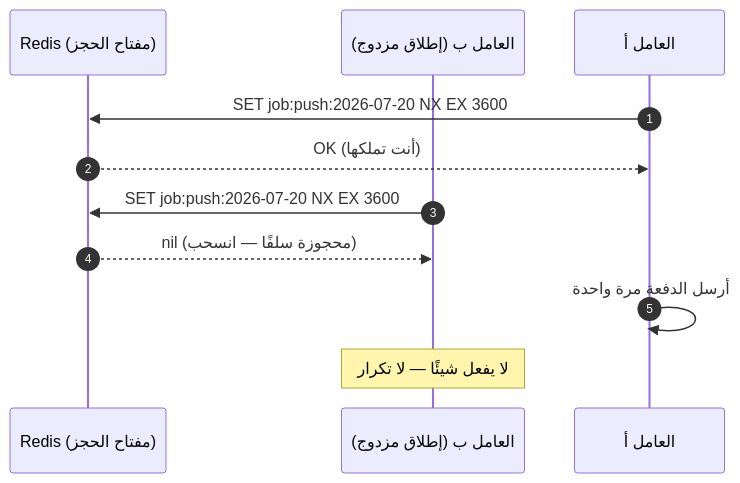
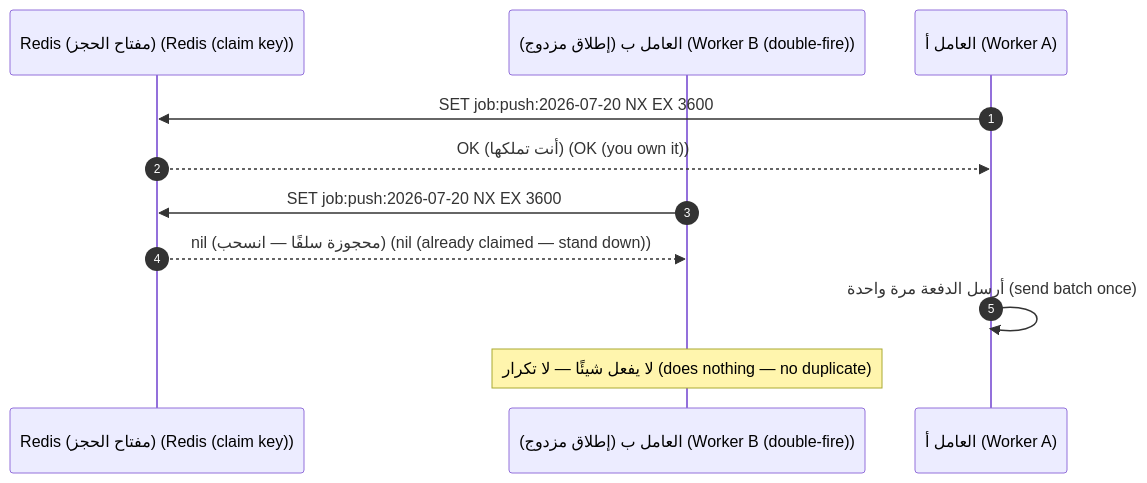
One commit to Tamoura/system-design-for-vibe-coders changed the fourth of 6 diagrams in modules/07-observability/module.ar.md. Above: the diagram before and after it, drawn with Mermaid. The commit also changed other lines of this file and 62 other files, not shown here.

First line of the commit message:
Arabic editions: English on every diagram label, RTL fixes, rebuild

````diff
--- a/modules/07-observability/module.ar.md
+++ b/modules/07-observability/module.ar.md
@@ -451,13 +451,13 @@
 ```mermaid
 sequenceDiagram
     autonumber
-    participant R as Redis (مفتاح الحجز)
-    participant S2 as العامل ب (إطلاق مزدوج)
-    participant S1 as العامل أ
+    participant R as Redis (مفتاح الحجز) (Redis (claim key))
+    participant S2 as العامل ب (إطلاق مزدوج) (Worker B (double-fire))
+    participant S1 as العامل أ (Worker A)
     S1->>R: SET job:push:2026-07-20 NX EX 3600
-    R-->>S1: OK (أنت تملكها)
+    R-->>S1: OK (أنت تملكها) (OK (you own it))
     S2->>R: SET job:push:2026-07-20 NX EX 3600
-    R-->>S2: nil (محجوزة سلفًا — انسحب)
-    S1->>S1: أرسل الدفعة مرة واحدة
-    Note over S2: لا يفعل شيئًا — لا تكرار
+    R-->>S2: nil (محجوزة سلفًا — انسحب) (nil (already claimed — stand down))
+    S1->>S1: أرسل الدفعة مرة واحدة (send batch once)
+    Note over S2: لا يفعل شيئًا — لا تكرار (does nothing — no duplicate)
 ```
````
